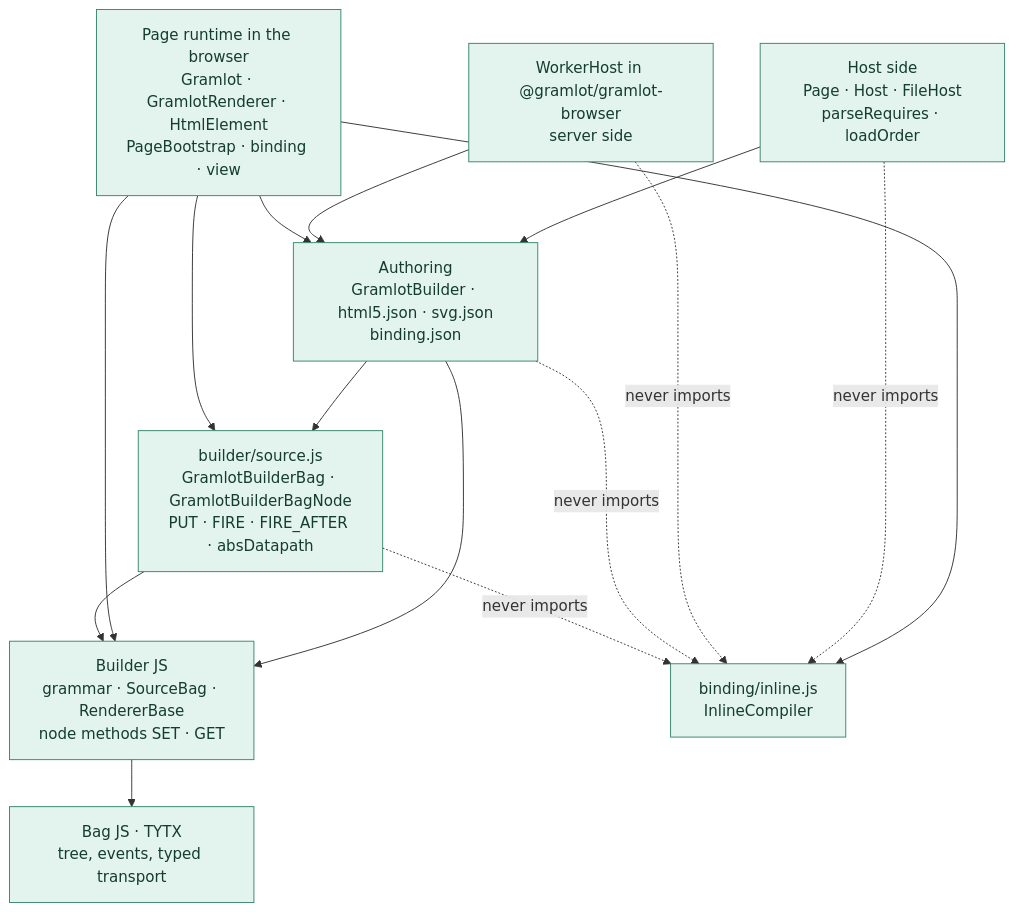
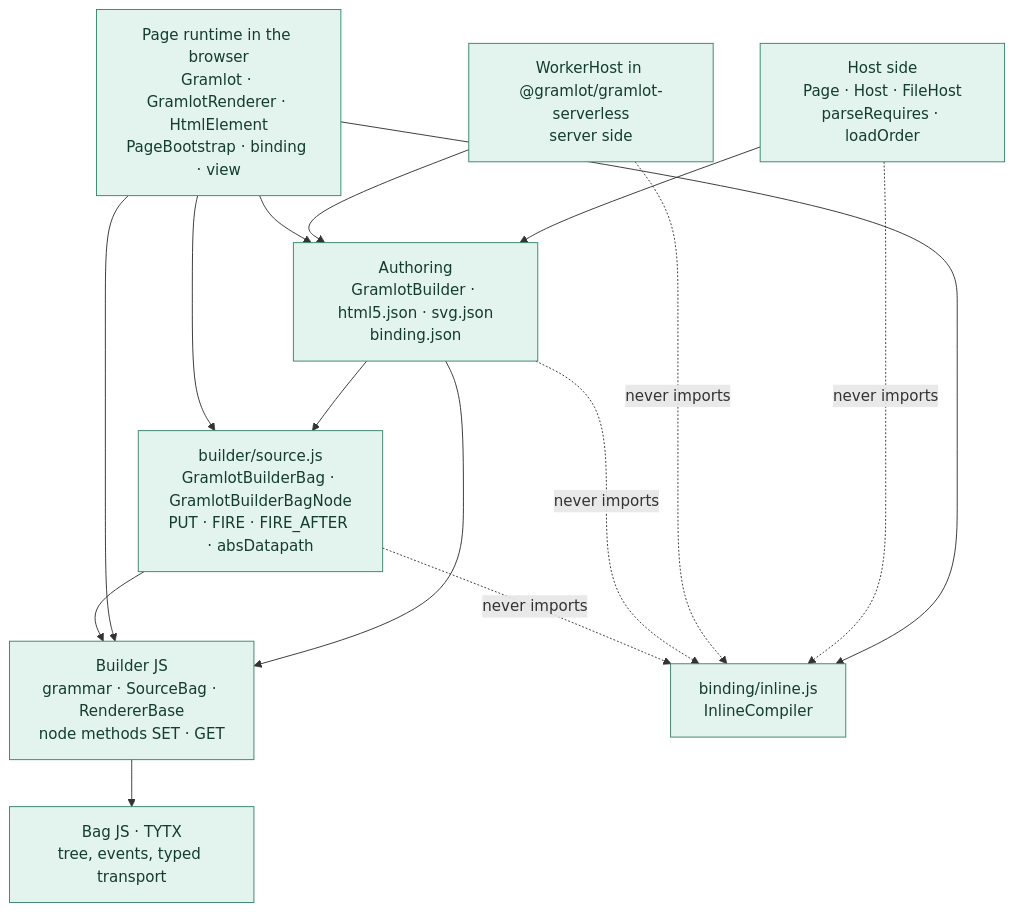
Before and after one commit to gramlot-org/gramlot: the diagram in docs/internal/087-javascript-layer-boundaries.md, drawn with Mermaid. The commit also changed other lines of this file and 20 other files, not shown here.

First line of the commit message:
docs: name @gramlot/gramlot-serverless and the packaged theme and logo files

````diff
--- a/docs/internal/087-javascript-layer-boundaries.md
+++ b/docs/internal/087-javascript-layer-boundaries.md
@@ -464,28 +464,28 @@
 ```mermaid
 flowchart TB
     BAG["Bag JS · TYTX<br/>tree, events, typed transport"]
     BLD["Builder JS<br/>grammar · SourceBag · RendererBase<br/>node methods SET · GET"]
     SRC["builder/source.js<br/>GramlotBuilderBag · GramlotBuilderBagNode<br/>PUT · FIRE · FIRE_AFTER · absDatapath"]
     AUTH["Authoring<br/>GramlotBuilder · html5.json · svg.json<br/>binding.json"]
     HOST["Host side<br/>Page · Host · FileHost<br/>parseRequires · loadOrder"]
-    WH["WorkerHost in @gramlot/gramlot-browser<br/>server side"]
+    WH["WorkerHost in @gramlot/gramlot-serverless<br/>server side"]
     PAGE["Page runtime in the browser<br/>Gramlot · GramlotRenderer · HtmlElement<br/>PageBootstrap · binding · view"]
     INL["binding/inline.js<br/>InlineCompiler"]
     BLD --> BAG
     AUTH --> BLD
     HOST --> AUTH
     WH --> AUTH
     PAGE --> AUTH
     PAGE --> BLD
     PAGE --> INL
     SRC --> BLD
     AUTH --> SRC
     PAGE --> SRC
     HOST -. never imports .-> INL
     WH -. never imports .-> INL
     AUTH -. never imports .-> INL
     SRC -. never imports .-> INL
     classDef current fill:#e3f3ed,color:#143d2e,stroke:#39866b;
     classDef planned fill:#f0e8fa,color:#4f2e70,stroke:#9670b3,stroke-dasharray:5 4;
     class BAG,BLD,AUTH,HOST,WH,PAGE,INL,SRC current;
 ```
````
